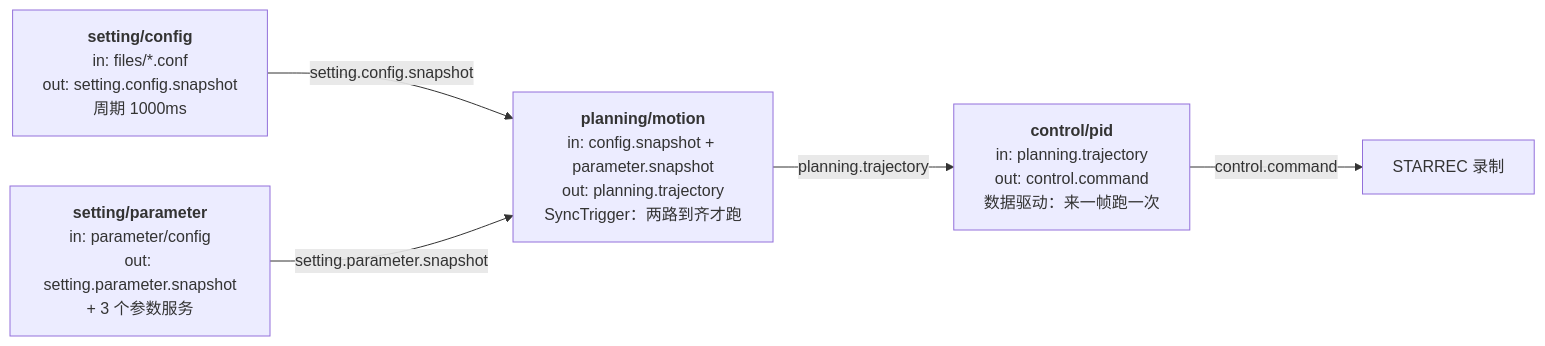
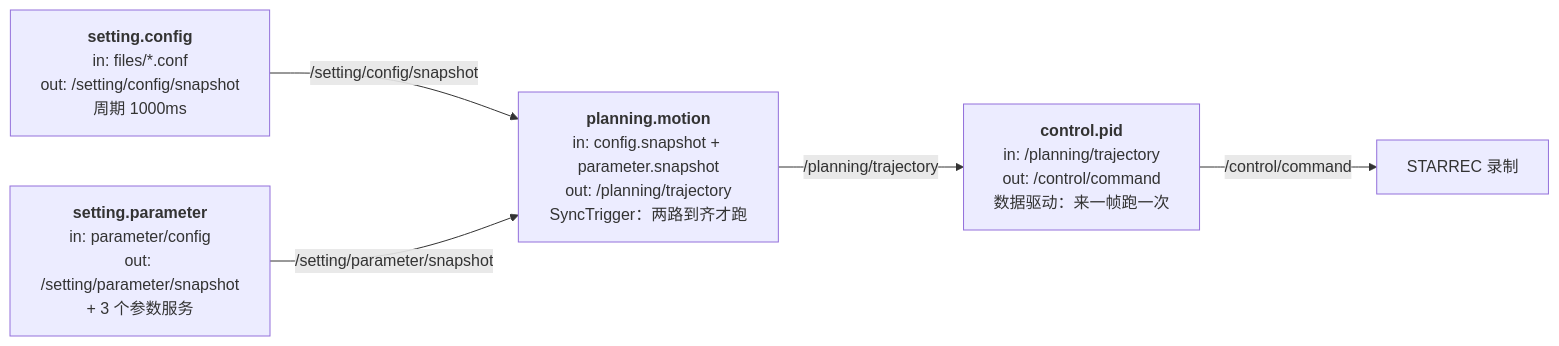
The third of 5 diagrams in docs/architecture/02-layers-and-modules.md (zgggy/starletto), drawn with Mermaid before and after one commit. The commit also changed other lines of this file and 50 other files, not shown here.

````diff
--- a/docs/architecture/02-layers-and-modules.md
+++ b/docs/architecture/02-layers-and-modules.md
@@ -102,12 +102,12 @@
 ```mermaid
 flowchart LR
-    CFG["<b>setting/config</b><br/>in: files/*.conf<br/>out: setting.config.snapshot<br/>周期 1000ms"]
-    PAR["<b>setting/parameter</b><br/>in: parameter/config<br/>out: setting.parameter.snapshot<br/>+ 3 个参数服务"]
-    MOT["<b>planning/motion</b><br/>in: config.snapshot + parameter.snapshot<br/>out: planning.trajectory<br/>SyncTrigger：两路到齐才跑"]
-    PID["<b>control/pid</b><br/>in: planning.trajectory<br/>out: control.command<br/>数据驱动：来一帧跑一次"]
+    CFG["<b>setting.config</b><br/>in: files/*.conf<br/>out: /setting/config/snapshot<br/>周期 1000ms"]
+    PAR["<b>setting.parameter</b><br/>in: parameter/config<br/>out: /setting/parameter/snapshot<br/>+ 3 个参数服务"]
+    MOT["<b>planning.motion</b><br/>in: config.snapshot + parameter.snapshot<br/>out: /planning/trajectory<br/>SyncTrigger：两路到齐才跑"]
+    PID["<b>control.pid</b><br/>in: /planning/trajectory<br/>out: /control/command<br/>数据驱动：来一帧跑一次"]
 
-    CFG -->|"setting.config.snapshot"| MOT
-    PAR -->|"setting.parameter.snapshot"| MOT
-    MOT -->|"planning.trajectory"| PID
-    PID -->|"control.command"| REC["STARREC 录制"]
+    CFG -->|"/setting/config/snapshot"| MOT
+    PAR -->|"/setting/parameter/snapshot"| MOT
+    MOT -->|"/planning/trajectory"| PID
+    PID -->|"/control/command"| REC["STARREC 录制"]
 ```
````
